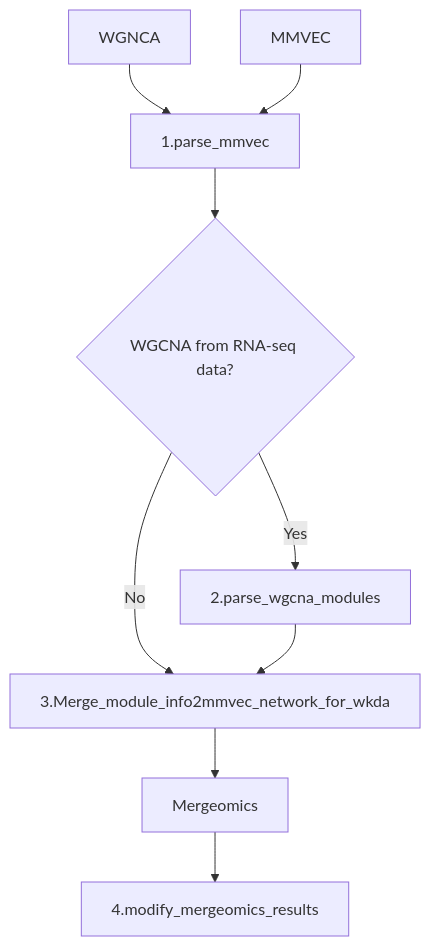
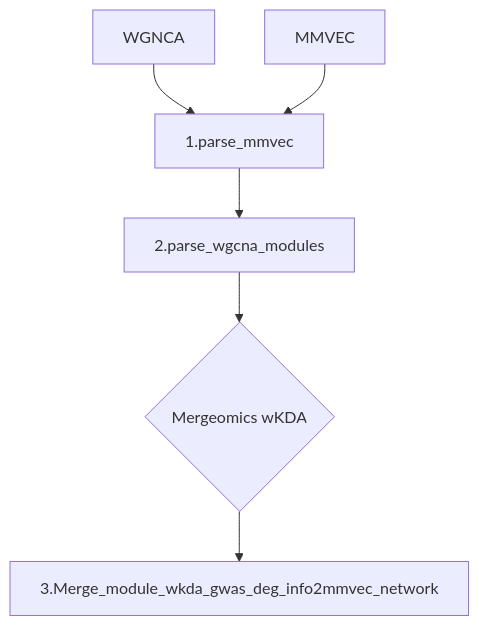
Before and after one commit to smha118/keto_diet_pediatric_epilepsy: the diagram in README.md, drawn with Mermaid. The commit also changed other lines of this file and 2515 other files, not shown here.

````diff
--- a/README.md
+++ b/README.md
@@ -18,11 +18,8 @@
 ```mermaid
 flowchart TD;
 	A[WGNCA] --> C[1.parse_mmvec]
 	B[MMVEC] --> C[1.parse_mmvec]
-	C-->D{WGCNA from RNA-seq data?}
-	D -- Yes --> E[2.parse_wgcna_modules]
-	D -- No --> F[3.Merge_module_info2mmvec_network_for_wkda]
-	E --> F[3.Merge_module_info2mmvec_network_for_wkda]
-	F --> G[Mergeomics]
-	G --> H[4.modify_mergeomics_results]
+	C-->D[2.parse_wgcna_modules]
+	D-->E{Mergeomics wKDA}
+	E-->F[3.Merge_module_wkda_gwas_deg_info2mmvec_network]
 ```
````
